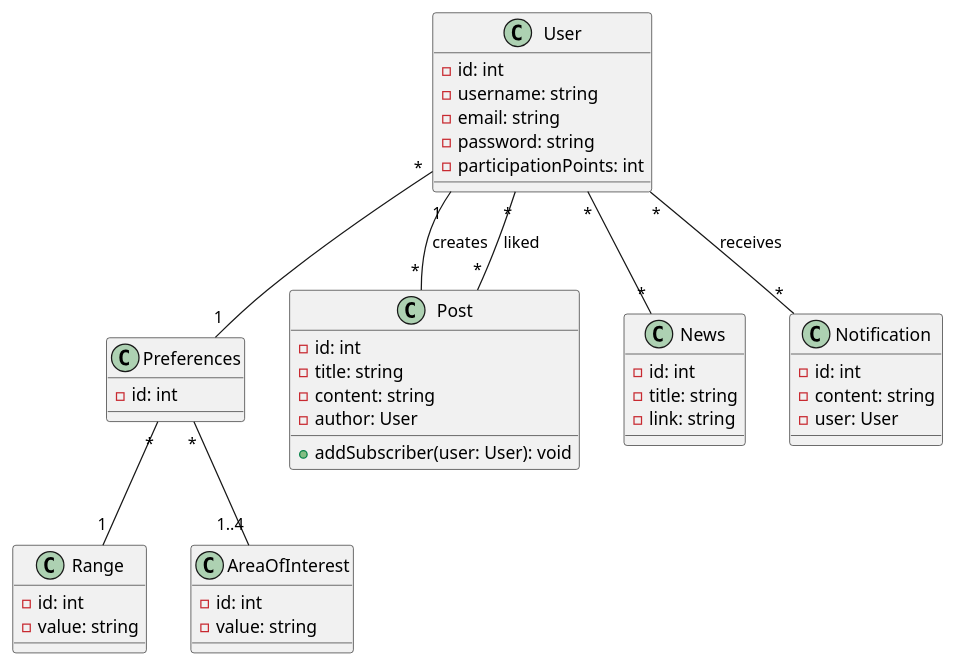
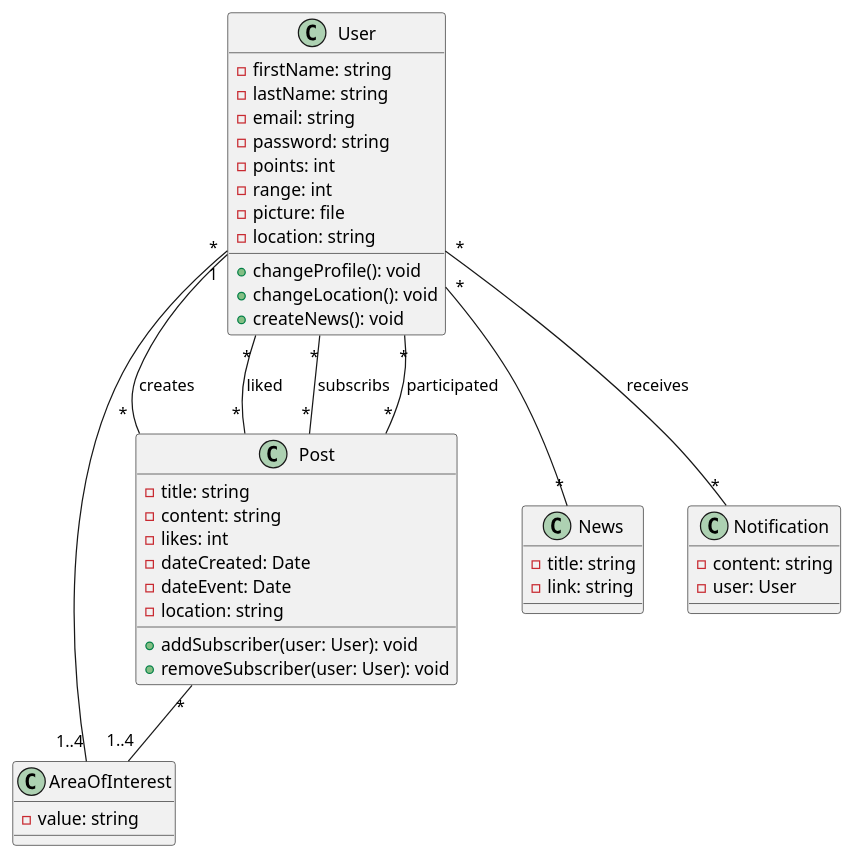
The diagram in Resources/umlClasses.plantuml (GoncaloMatias1/ES_Project2), drawn with PlantUML before and after one commit. The commit also changed 1 other file, not shown here.

Commit message:
Added the domain and use cases diagrams

```diff
--- a/Resources/umlClasses.plantuml
+++ b/Resources/umlClasses.plantuml
@@ -1,54 +1,53 @@
 @startuml App
-
+'Location stores the coordinates'
 class User {
-    - id: int
-    - username: string
+    - firstName: string
+    - lastName: string
     - email: string
     - password: string
-    - participationPoints: int
-}
-
-class Preferences {
-    - id: int
-}
-
-class Range {
-    - id: int
-    - value: string
+    - points: int
+    - range: int
+    - picture: file
+    - location: string
+    + changeProfile(): void
+    + changeLocation(): void
+    + createNews(): void
 }
 
 class AreaOfInterest {
-    - id: int
     - value: string
 }
 
 class Post {
-    - id: int
     - title: string
     - content: string
-    - author: User
+    - likes: int
+    - dateCreated: Date
+    - dateEvent: Date
+    - location: string
     + addSubscriber(user: User): void
+    + removeSubscriber(user: User): void
 }
 
 class News {
-    - id: int
     - title: string
     - link: string
 }
 
 class Notification {
-    - id: int
     - content: string
     - user: User
 }
 
 
 User "*" -- "*" News
+'A post can have more than one creator'
 User "1" -- "*" Post: creates
 User "*" -- "*" Post: liked
 User "*" -- "*" Notification: receives
-User "*" -- "1" Preferences
-Preferences "*" -- "1" Range
-Preferences "*" -- "1..4" AreaOfInterest
+User "*" -- "1..4" AreaOfInterest
+Post "*" -- "1..4" AreaOfInterest
+User "*" -- "*" Post: subscribs
+User "*" -- "*" Post: participated
 
 @enduml
```
